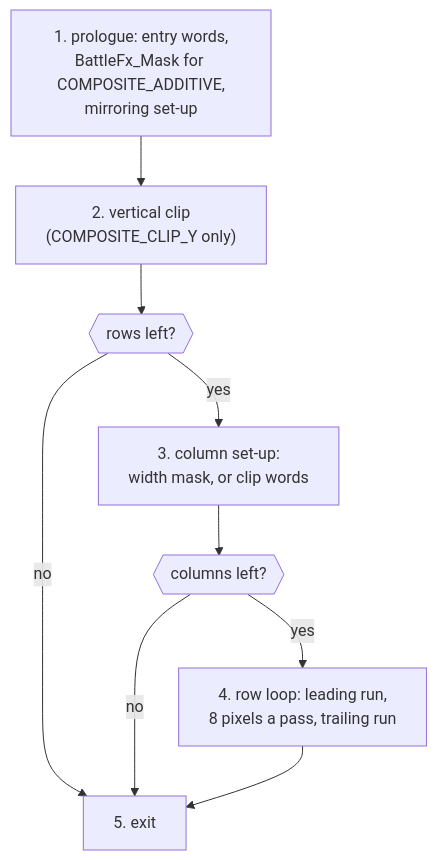
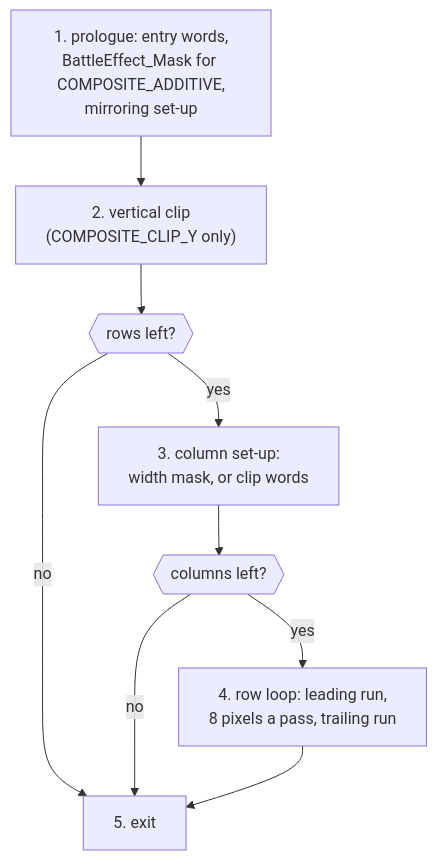
Before and after one commit to PascalPixel/alchemy: the second of 5 diagrams in games/tbs/src/effect/README.md, drawn with Mermaid. The commit also changed other lines of this file and 1359 other files, not shown here.

First line of the commit message:
Names: BattleFx_ is BattleEffect_

````diff
--- a/games/tbs/src/effect/README.md
+++ b/games/tbs/src/effect/README.md
@@ -351,11 +351,11 @@
 ```mermaid
 flowchart TD
-    prologue["1. prologue: entry words,<br/>BattleFx_Mask for COMPOSITE_ADDITIVE,<br/>mirroring set-up"] --> vclip["2. vertical clip<br/>(COMPOSITE_CLIP_Y only)"]
+    prologue["1. prologue: entry words,<br/>BattleEffect_Mask for COMPOSITE_ADDITIVE,<br/>mirroring set-up"] --> vclip["2. vertical clip<br/>(COMPOSITE_CLIP_Y only)"]
     vclip --> rows{{"rows left?"}}
     rows -->|no| exit["5. exit"]
     rows -->|yes| cols["3. column set-up:<br/>width mask, or clip words"]
     cols --> colsLeft{{"columns left?"}}
     colsLeft -->|no| exit
     colsLeft -->|yes| loop["4. row loop: leading run,<br/>8 pixels a pass, trailing run"]
     loop --> exit
 ```
````
